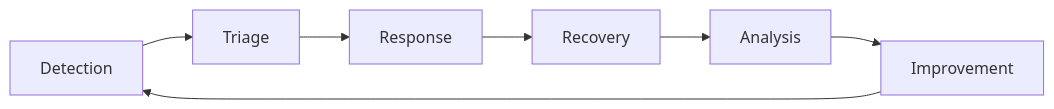
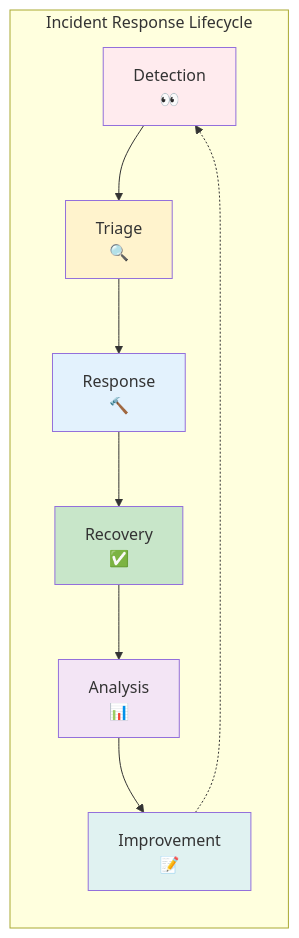
The first of 9 diagrams in docs/human-factors/incident-response.md (deepaucksharma/DStudio), drawn with Mermaid before and after one commit. The commit also changed other lines of this file and 207 other files, not shown here.

````diff
--- a/docs/human-factors/incident-response.md
+++ b/docs/human-factors/incident-response.md
@@ -38,9 +38,18 @@
 ```mermaid
-graph LR
-    A[Detection] --> B[Triage]
-    B --> C[Response]
-    C --> D[Recovery]
-    D --> E[Analysis]
-    E --> F[Improvement]
-    F --> A
+flowchart LR
+    subgraph "Incident Response Lifecycle"
+        A[Detection<br/>👀] --> B[Triage<br/>🔍]
+        B --> C[Response<br/>🔨]
+        C --> D[Recovery<br/>✅]
+        D --> E[Analysis<br/>📊]
+        E --> F[Improvement<br/>📝]
+        F -.-> A
+    end
+    
+    style A fill:#ffebee
+    style B fill:#fff3cd
+    style C fill:#e3f2fd
+    style D fill:#c8e6c9
+    style E fill:#f3e5f5
+    style F fill:#e0f2f1
 ```
````
